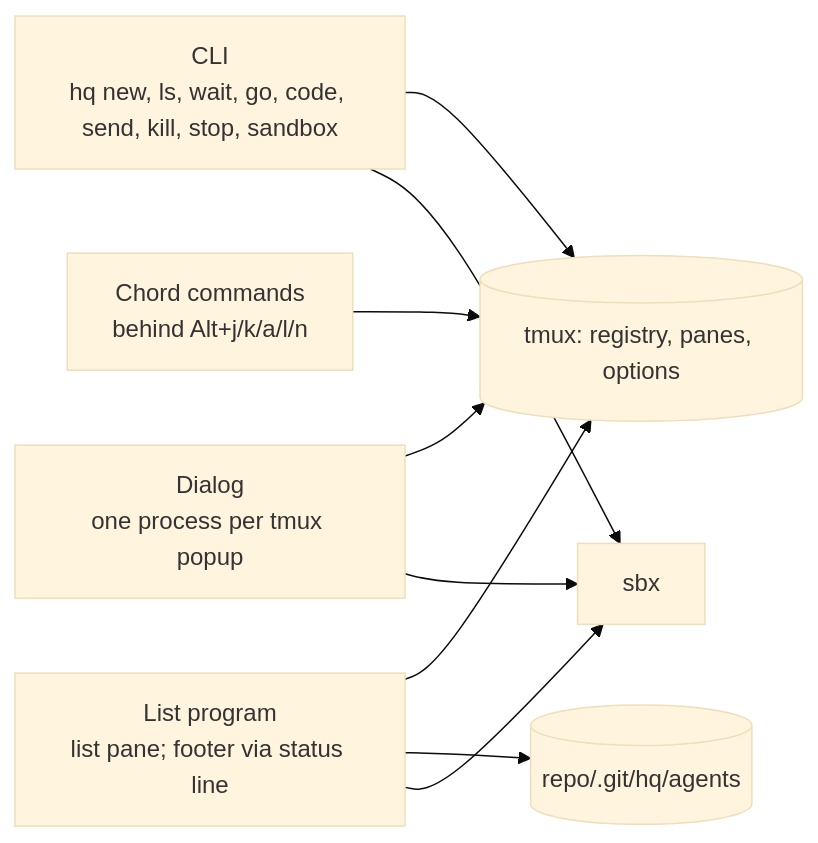
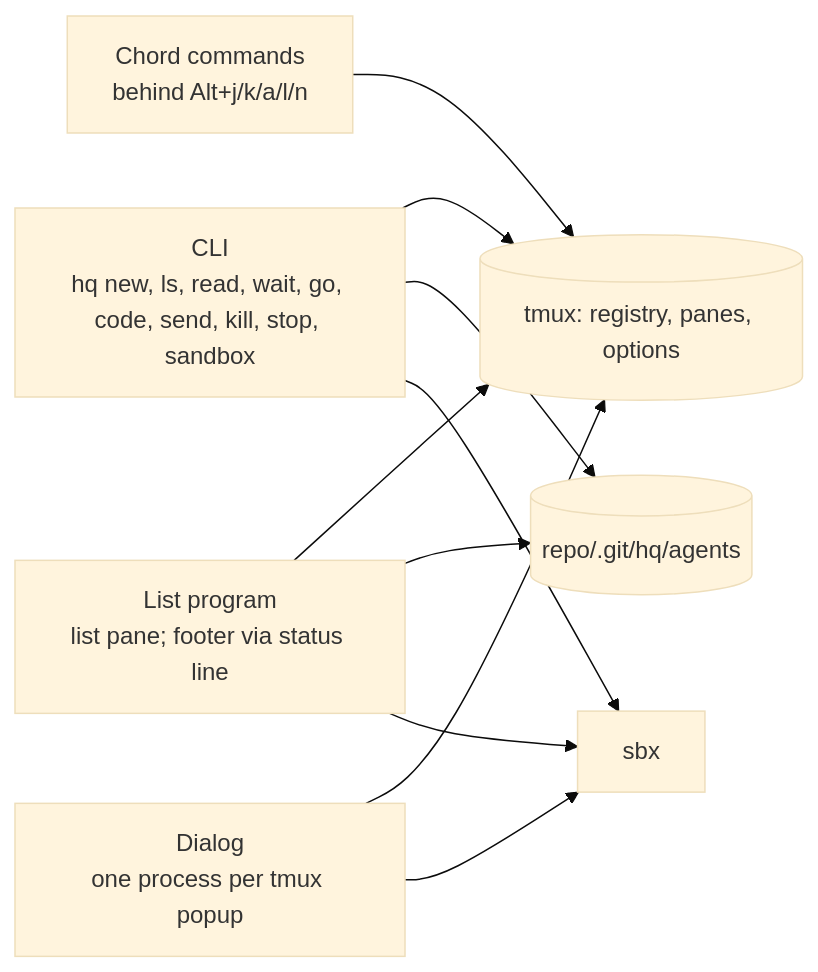
Before and after one commit to rkrysinski/hq: the third of 4 diagrams in docs/design/hq.md, drawn with Mermaid (base theme). The commit also changed other lines of this file and 12 other files, not shown here.

````diff
--- a/docs/design/hq.md
+++ b/docs/design/hq.md
@@ -153,14 +154,14 @@
 ```mermaid
 flowchart LR
-    CLI["CLI<br/>hq new, ls, wait, go, code, send, kill, stop, sandbox"]
+    CLI["CLI<br/>hq new, ls, read, wait, go, code, send, kill, stop, sandbox"]
     LIST["List program<br/>list pane; footer via status line"]
     DLG["Dialog<br/>one process per tmux popup"]
     CH["Chord commands<br/>behind Alt+j/k/a/l/n"]
     TM[("tmux: registry, panes, options")]
     ST[("repo/.git/hq/agents")]
     SBX["sbx"]
-    CLI --> TM & SBX
+    CLI --> TM & ST & SBX
     LIST --> TM & ST & SBX
     DLG --> TM & SBX
     CH --> TM
 ```
````
